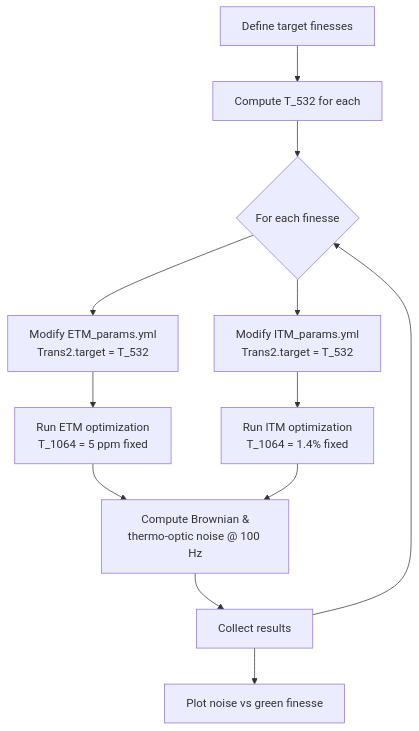
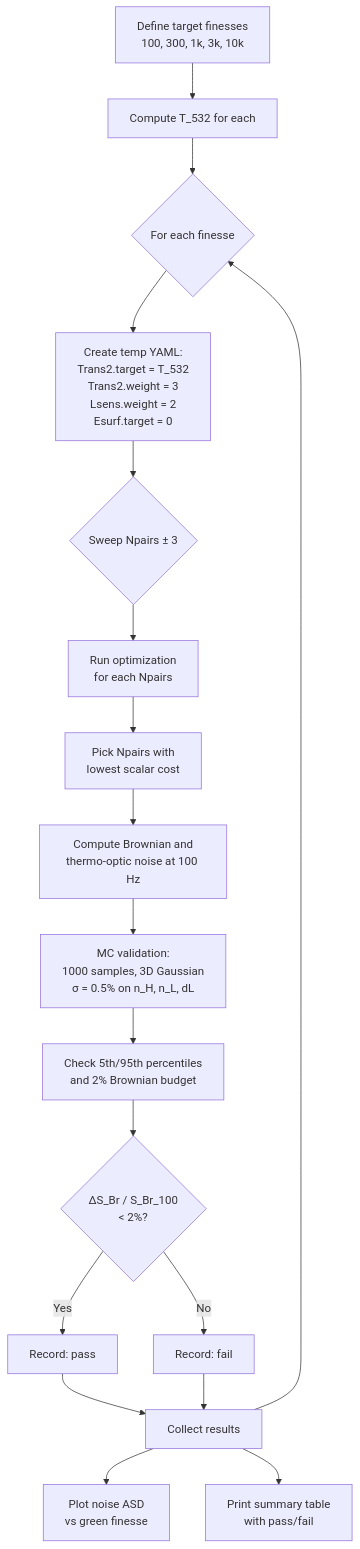
One commit to CaltechExperimentalGravity/OptimalBragg changed the diagram in projects/aLIGO/README.md. Above: the diagram before and after it, drawn with Mermaid. The commit also changed other lines of this file and 2 other files, not shown here.

````diff
--- a/projects/aLIGO/README.md
+++ b/projects/aLIGO/README.md
@@ -58,14 +136,27 @@
 ```mermaid
 flowchart TD
-    A[Define target finesses] --> B[Compute T_532 for each]
+    A[Define target finesses<br/>100, 300, 1k, 3k, 10k] --> B[Compute T_532 for each]
     B --> C{For each finesse}
-    C --> D[Modify ETM_params.yml<br/>Trans2.target = T_532]
-    C --> E[Modify ITM_params.yml<br/>Trans2.target = T_532]
-    D --> F[Run ETM optimization<br/>T_1064 = 5 ppm fixed]
-    E --> G[Run ITM optimization<br/>T_1064 = 1.4% fixed]
-    F --> H[Compute Brownian &<br/>thermo-optic noise @ 100 Hz]
-    G --> H
-    H --> I[Collect results]
-    I --> C
-    I --> J[Plot noise vs green finesse]
+
+    C --> D[Create temp YAML:<br/>Trans2.target = T_532<br/>Trans2.weight = 3<br/>Lsens.weight = 2<br/>Esurf.target = 0]
+
+    D --> E{Sweep Npairs ± 3}
+    E --> F[Run optimization<br/>for each Npairs]
+    F --> G[Pick Npairs with<br/>lowest scalar cost]
+
+    G --> H[Compute Brownian and<br/>thermo-optic noise at 100 Hz]
+
+    H --> I[MC validation:<br/>1000 samples, 3D Gaussian<br/>σ = 0.5% on n_H, n_L, dL]
+
+    I --> J[Check 5th/95th percentiles<br/>and 2% Brownian budget]
+
+    J --> K{ΔS_Br / S_Br_100<br/>< 2%?}
+    K -->|Yes| L[Record: pass]
+    K -->|No| M[Record: fail]
+    L --> N[Collect results]
+    M --> N
+
+    N --> C
+    N --> O[Plot noise ASD<br/>vs green finesse]
+    N --> P[Print summary table<br/>with pass/fail]
 ```
````
